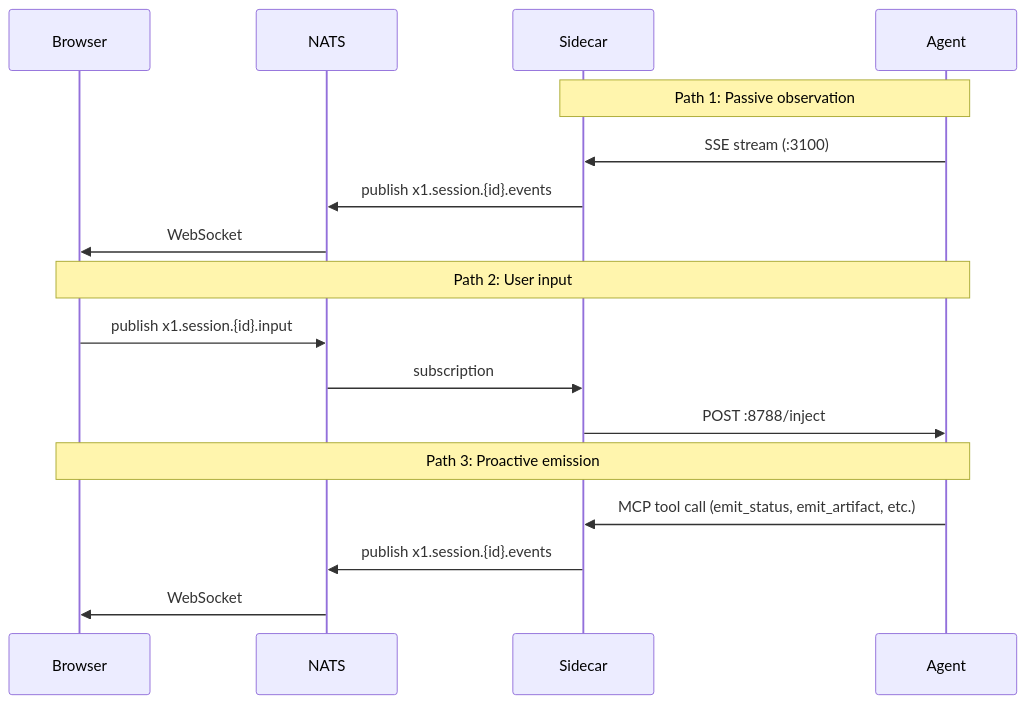
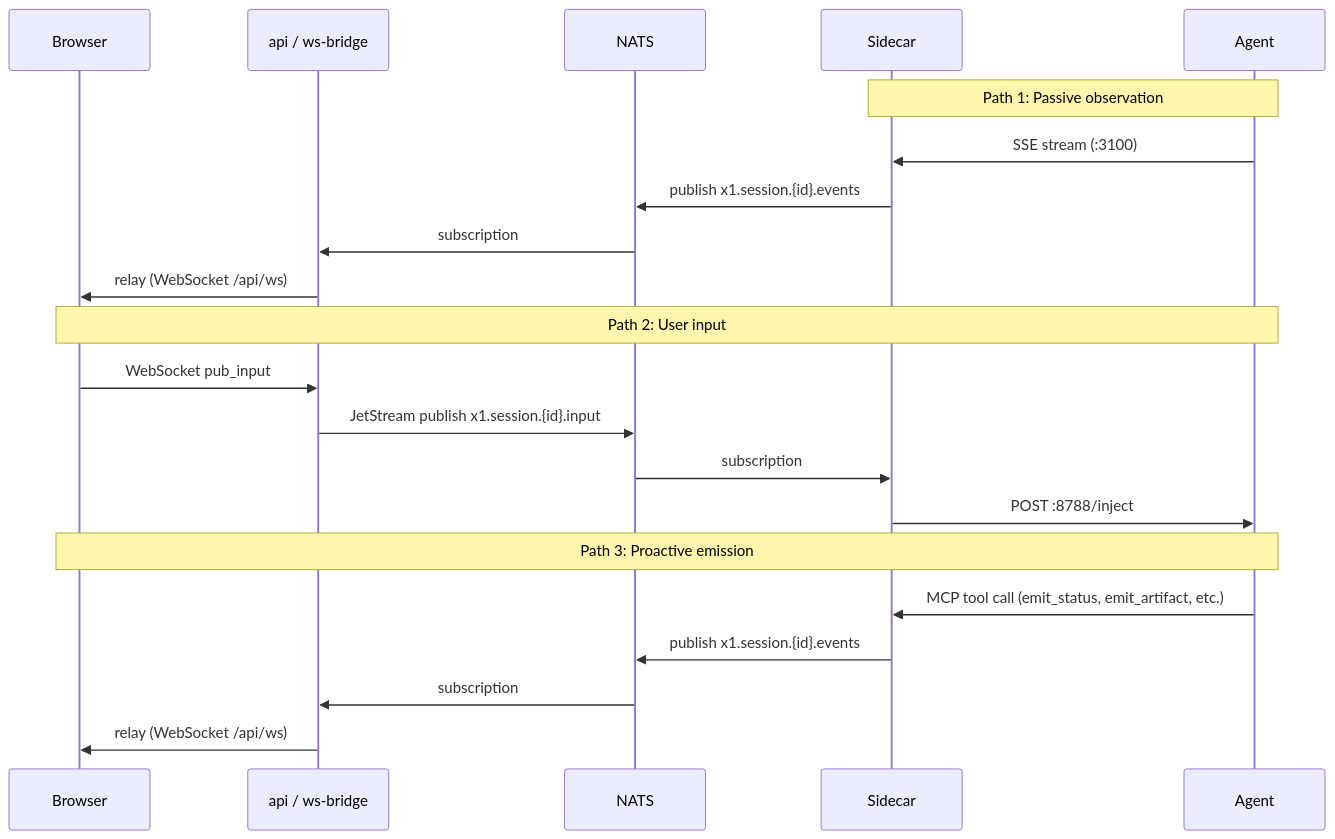
The second of 2 diagrams in docs/src/content/docs/architecture/overview.md (x1agent/x1agent), drawn with Mermaid before and after one commit. The commit also changed other lines of this file and 3 other files, not shown here.

````diff
--- a/docs/src/content/docs/architecture/overview.md
+++ b/docs/src/content/docs/architecture/overview.md
@@ -39,22 +39,26 @@
 ```mermaid
 sequenceDiagram
     participant B as Browser
+    participant Api as api / ws-bridge
     participant N as NATS
     participant S as Sidecar
     participant A as Agent
 
     Note over A,S: Path 1: Passive observation
     A->>S: SSE stream (:3100)
     S->>N: publish x1.session.{id}.events
-    N->>B: WebSocket
+    N->>Api: subscription
+    Api->>B: relay (WebSocket /api/ws)
 
     Note over B,A: Path 2: User input
-    B->>N: publish x1.session.{id}.input
+    B->>Api: WebSocket pub_input
+    Api->>N: JetStream publish x1.session.{id}.input
     N->>S: subscription
     S->>A: POST :8788/inject
 
     Note over A,B: Path 3: Proactive emission
     A->>S: MCP tool call (emit_status, emit_artifact, etc.)
     S->>N: publish x1.session.{id}.events
-    N->>B: WebSocket
+    N->>Api: subscription
+    Api->>B: relay (WebSocket /api/ws)
 ```
````
